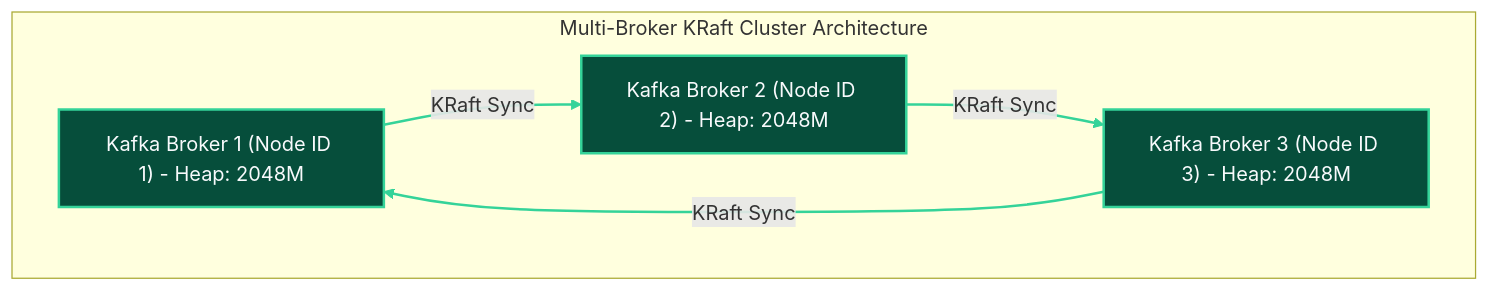
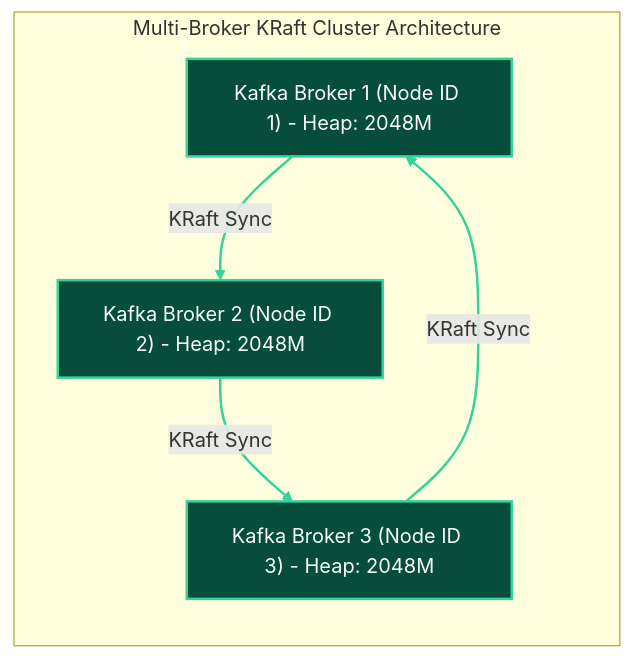
Diagram 21 of 22 in docs/configDoc/kafka-configuration-guide.md (Chief-Strategist-J/llm-obs-infra), drawn with Mermaid before and after one commit. The commit also changed other lines of this file, not shown here.

Commit message:
fix(kafka-docs): resolve GitHub Mermaid diagram syntax errors and expand LLD rebalance state machine

````diff
--- a/docs/configDoc/kafka-configuration-guide.md
+++ b/docs/configDoc/kafka-configuration-guide.md
@@ -1589,19 +1687,18 @@
 ```mermaid
-graph TB
+graph LR
     subgraph MultiBrokerCluster ["Multi-Broker KRaft Cluster Architecture"]
-        direction LR
         B1["Kafka Broker 1 (Node ID 1) - Heap: 2048M"]
         B2["Kafka Broker 2 (Node ID 2) - Heap: 2048M"]
         B3["Kafka Broker 3 (Node ID 3) - Heap: 2048M"]
 
         B1 -->|KRaft Sync| B2
         B2 -->|KRaft Sync| B3
         B3 -->|KRaft Sync| B1
     end
 
     style B1 fill:#064e3b,stroke:#34d399,stroke-width:2px,color:#f8fafc
     style B2 fill:#064e3b,stroke:#34d399,stroke-width:2px,color:#f8fafc
     style B3 fill:#064e3b,stroke:#34d399,stroke-width:2px,color:#f8fafc
 
     linkStyle 0,1,2 stroke:#34d399,stroke-width:2px;
 ```
````
